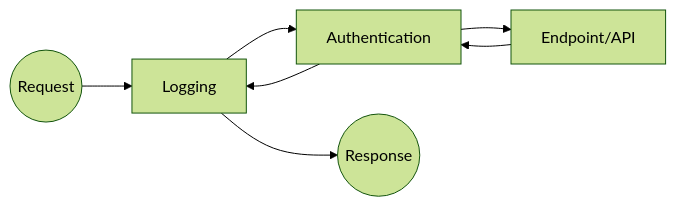
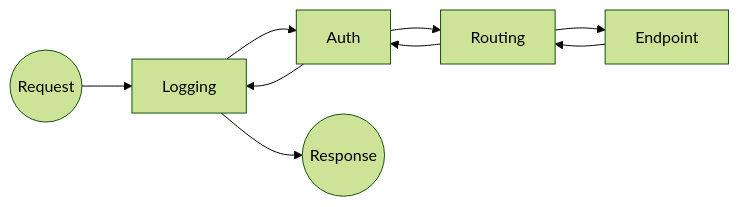
Before and after one commit to Meteor-Comet/Meteor-Comet.github.io: the diagram in _posts/2026-04-10-ASP-NET-Notes.md, drawn with Mermaid (forest theme). The commit also changed other lines of this file, not shown here.

Commit message:
Docs: comprehensive expansion of Web API return types and HttpClient method reference with full parameter/body examples

````diff
--- a/_posts/2026-04-10-ASP-NET-Notes.md
+++ b/_posts/2026-04-10-ASP-NET-Notes.md
@@ -89,9 +81,11 @@
 ```mermaid
 graph LR
     Req((Request)) --> Logging[Logging]
-    Logging --> Auth[Authentication]
-    Auth --> AppLogic[Endpoint/API]
-    AppLogic --> Auth
+    Logging --> Auth[Auth]
+    Auth --> Routing[Routing]
+    Routing --> Endpoint[Endpoint]
+    Endpoint --> Routing
+    Routing --> Auth
     Auth --> Logging
     Logging --> Res((Response))
 ```
````
